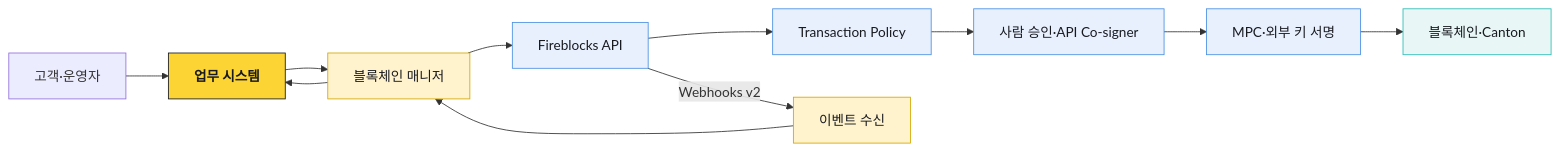
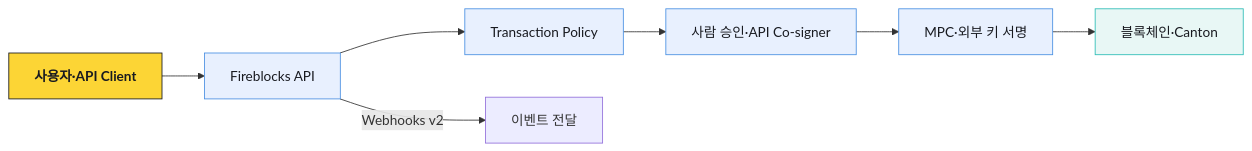
The diagram in blockchain-manager/docs/디지털 자산/Fireblocks/00-overview.md (eunsujeo/eunpus), drawn with Mermaid before and after one commit. The commit also changed other lines of this file and 34 other files, not shown here.

````diff
--- a/blockchain-manager/docs/디지털 자산/Fireblocks/00-overview.md
+++ b/blockchain-manager/docs/디지털 자산/Fireblocks/00-overview.md
@@ -16,22 +16,16 @@
 ```mermaid
 flowchart LR
-    USER[고객·운영자] --> CORE[업무 시스템]
-    CORE --> BCM[블록체인 매니저]
-    BCM --> API[Fireblocks API]
+    USER[사용자·API Client] --> API[Fireblocks API]
     API --> POLICY[Transaction Policy]
     POLICY --> APPROVAL[사람 승인·API Co-signer]
     APPROVAL --> SIGN[MPC·외부 키 서명]
     SIGN --> CHAIN[블록체인·Canton]
-    API -->|Webhooks v2| EVENTS[이벤트 수신]
-    EVENTS --> BCM
-    BCM --> CORE
+    API -->|Webhooks v2| EVENTS[이벤트 전달]
 
-    classDef core fill:#fcd535,stroke:#181a20,color:#181a20,font-weight:bold
-    classDef ours fill:#fff3cd,stroke:#d6a800,color:#181a20
+    classDef client fill:#fcd535,stroke:#181a20,color:#181a20,font-weight:bold
     classDef vendor fill:#e8f0fe,stroke:#4a90e2,color:#181a20
     classDef chain fill:#e8f7f5,stroke:#2dbdb6,color:#181a20
-    class CORE core
-    class BCM,EVENTS ours
+    class USER client
     class API,POLICY,APPROVAL,SIGN vendor
     class CHAIN chain
 ```
````
